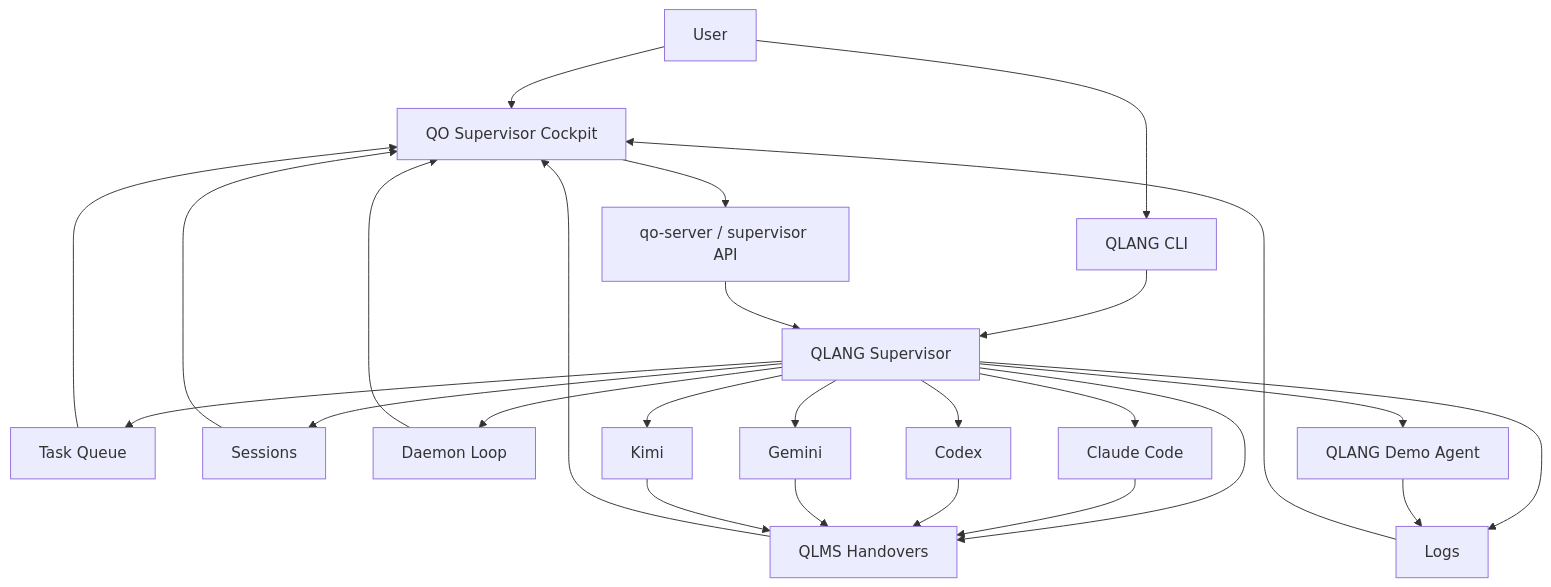
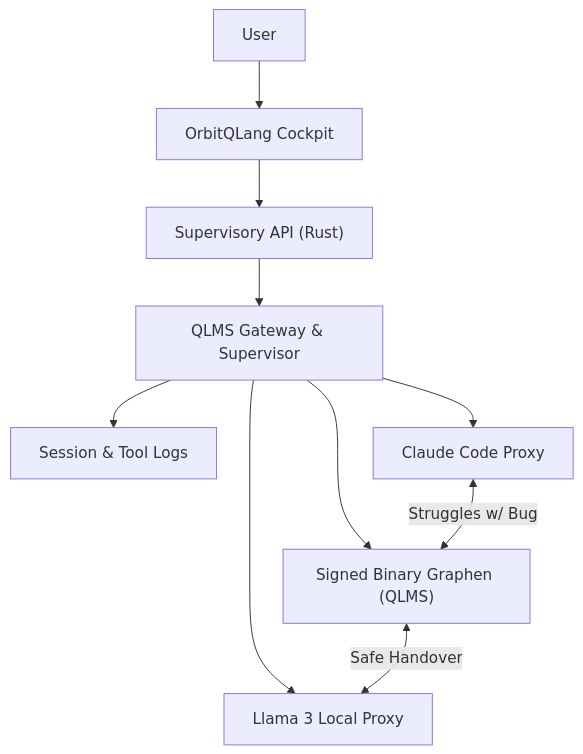
One commit to Mirkulix/Graph2AI changed the diagram in README.md. Above: the diagram before and after it, drawn with Mermaid. The commit also changed other lines of this file and 203 other files, not shown here.

Commit message:
stabilize QLMS v2 signed protocol, refactor frontend GraphCanvas to use real WebSocket graph-stream, add vite proxy for /ws and /qlms, remove dead code and legacy SSE endpoints

````diff
--- a/README.md
+++ b/README.md
@@ -36,33 +18,17 @@
 ```mermaid
 flowchart TD
-    U["User"] --> GUI["QO Supervisor Cockpit"]
-    U --> CLI["QLANG CLI"]
+    U["User"] --> GUI["OrbitQLang Cockpit"]
+    
+    GUI --> API["Supervisory API (Rust)"]
+    
+    API --> SUP["QLMS Gateway & Supervisor"]
 
-    GUI --> API["qo-server / supervisor API"]
-    CLI --> SUP["QLANG Supervisor"]
-    API --> SUP
-
-    SUP --> Q["Task Queue"]
-    SUP --> S["Sessions"]
-    SUP --> L["Logs"]
-    SUP --> H["QLMS Handovers"]
-    SUP --> D["Daemon Loop"]
-
-    SUP --> A1["Claude Code"]
-    SUP --> A2["Codex"]
-    SUP --> A3["Gemini"]
-    SUP --> A4["Kimi"]
-    SUP --> A5["QLANG Demo Agent"]
-
-    A1 --> H
-    A2 --> H
-    A3 --> H
-    A4 --> H
-    A5 --> L
-
-    H --> GUI
-    L --> GUI
-    Q --> GUI
-    S --> GUI
-    D --> GUI
+    SUP --> H["Signed Binary Graphen (QLMS)"]
+    SUP --> S["Session & Tool Logs"]
+    
+    SUP --> A1["Claude Code Proxy"]
+    SUP --> A2["Llama 3 Local Proxy"]
+    
+    A1 <--> |Struggles w/ Bug| H
+    H <--> |Safe Handover| A2
 ```
````
